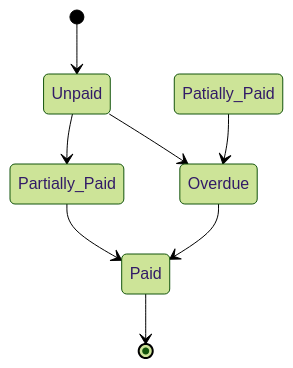
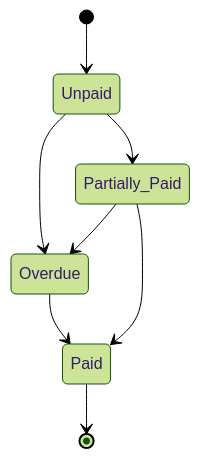
Before and after one commit to bejerano/Interview: the second of 2 diagrams in README.md, drawn with Mermaid (forest theme).

Commit message:
doc: fix diagram typo

````diff
--- a/README.md
+++ b/README.md
@@ -148,10 +148,10 @@
 ```mermaid
     stateDiagram-v2
         [*] --> Unpaid
         Unpaid --> Overdue
         Unpaid --> Partially_Paid    
-        Patially_Paid --> Overdue
+        Partially_Paid --> Overdue
         Partially_Paid --> Paid
         Overdue --> Paid
         Paid --> [*]
 ```
````
